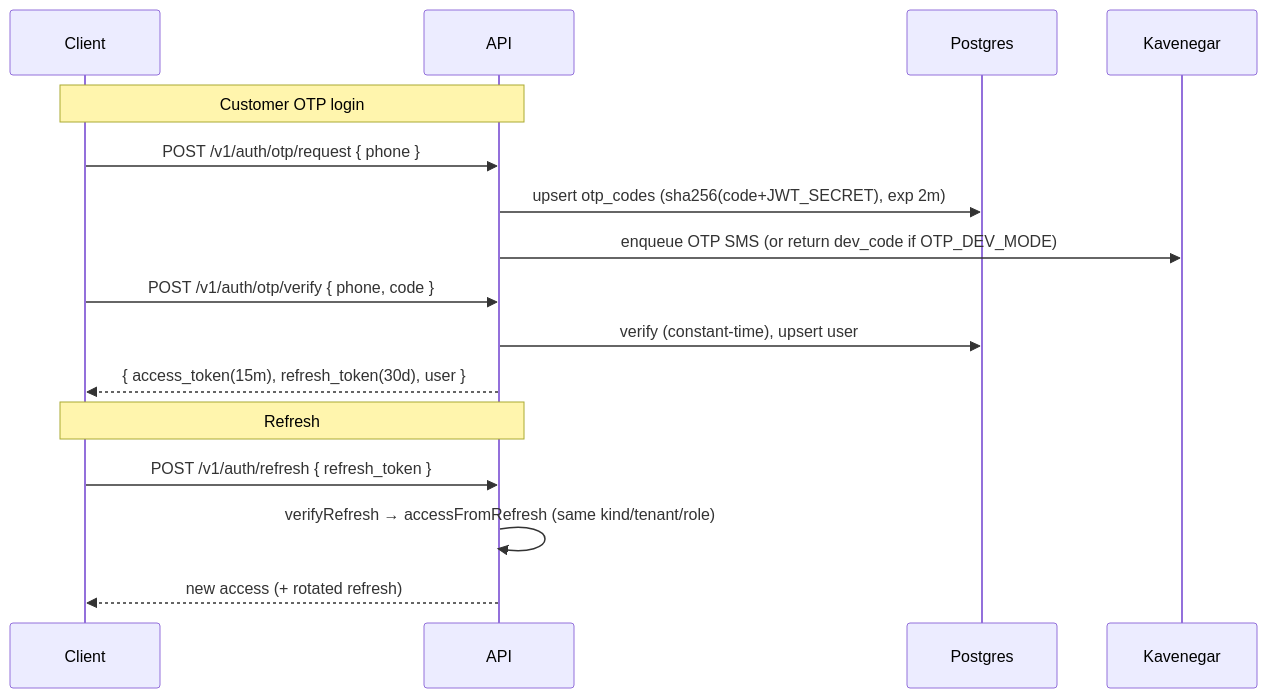
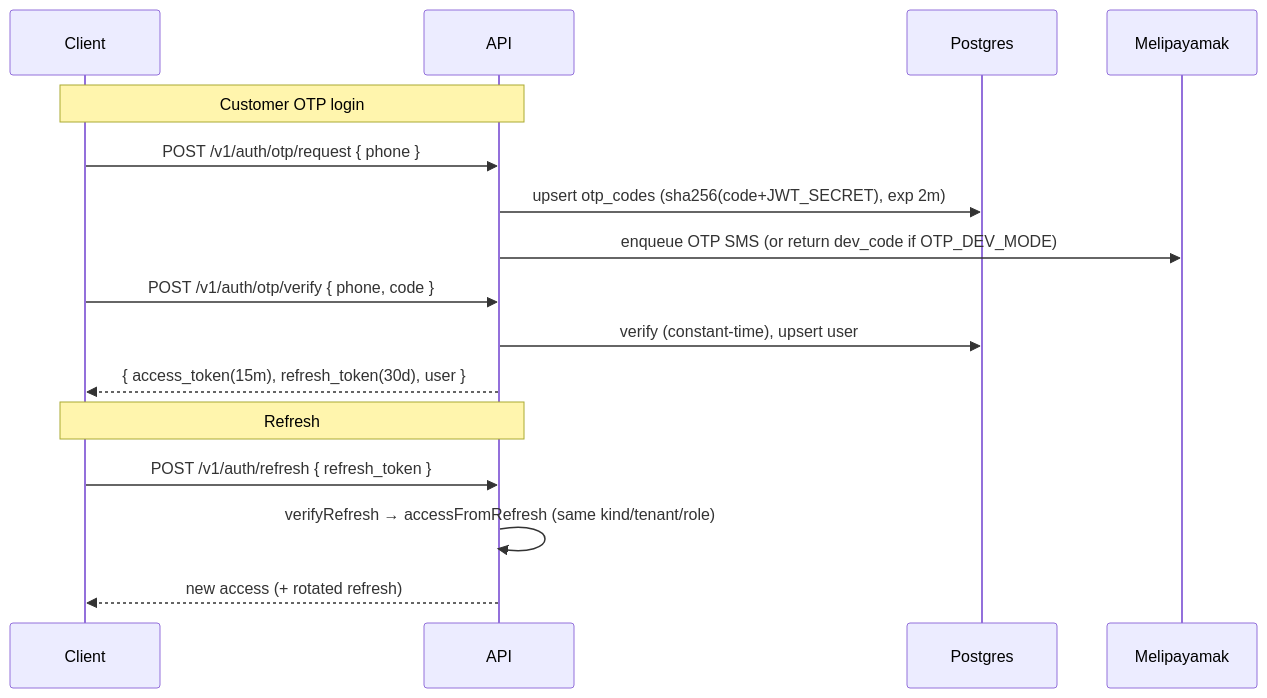
Before and after one commit to ardalanazimian/Rezv: the fourth of 6 diagrams in docs/ARCHITECTURE.md, drawn with Mermaid. The commit also changed other lines of this file and 32 other files, not shown here.

````diff
--- a/docs/ARCHITECTURE.md
+++ b/docs/ARCHITECTURE.md
@@ -177,20 +177,20 @@
 ```mermaid
 sequenceDiagram
   participant C as Client
   participant API as API
   participant DB as Postgres
-  participant SMS as Kavenegar
+  participant SMS as Melipayamak
 
   Note over C,API: Customer OTP login
   C->>API: POST /v1/auth/otp/request { phone }
   API->>DB: upsert otp_codes (sha256(code+JWT_SECRET), exp 2m)
   API->>SMS: enqueue OTP SMS (or return dev_code if OTP_DEV_MODE)
   C->>API: POST /v1/auth/otp/verify { phone, code }
   API->>DB: verify (constant-time), upsert user
   API-->>C: { access_token(15m), refresh_token(30d), user }
 
   Note over C,API: Refresh
   C->>API: POST /v1/auth/refresh { refresh_token }
   API->>API: verifyRefresh → accessFromRefresh (same kind/tenant/role)
   API-->>C: new access (+ rotated refresh)
 ```
````
